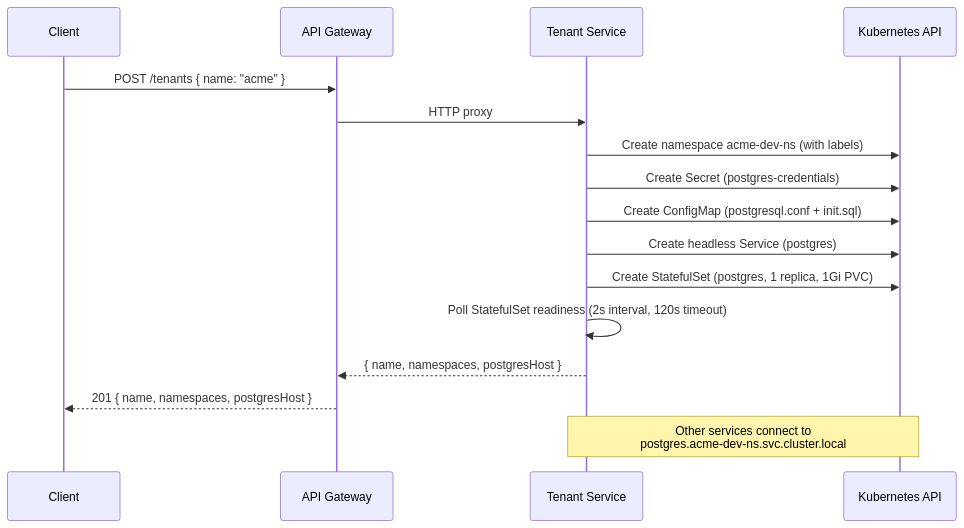
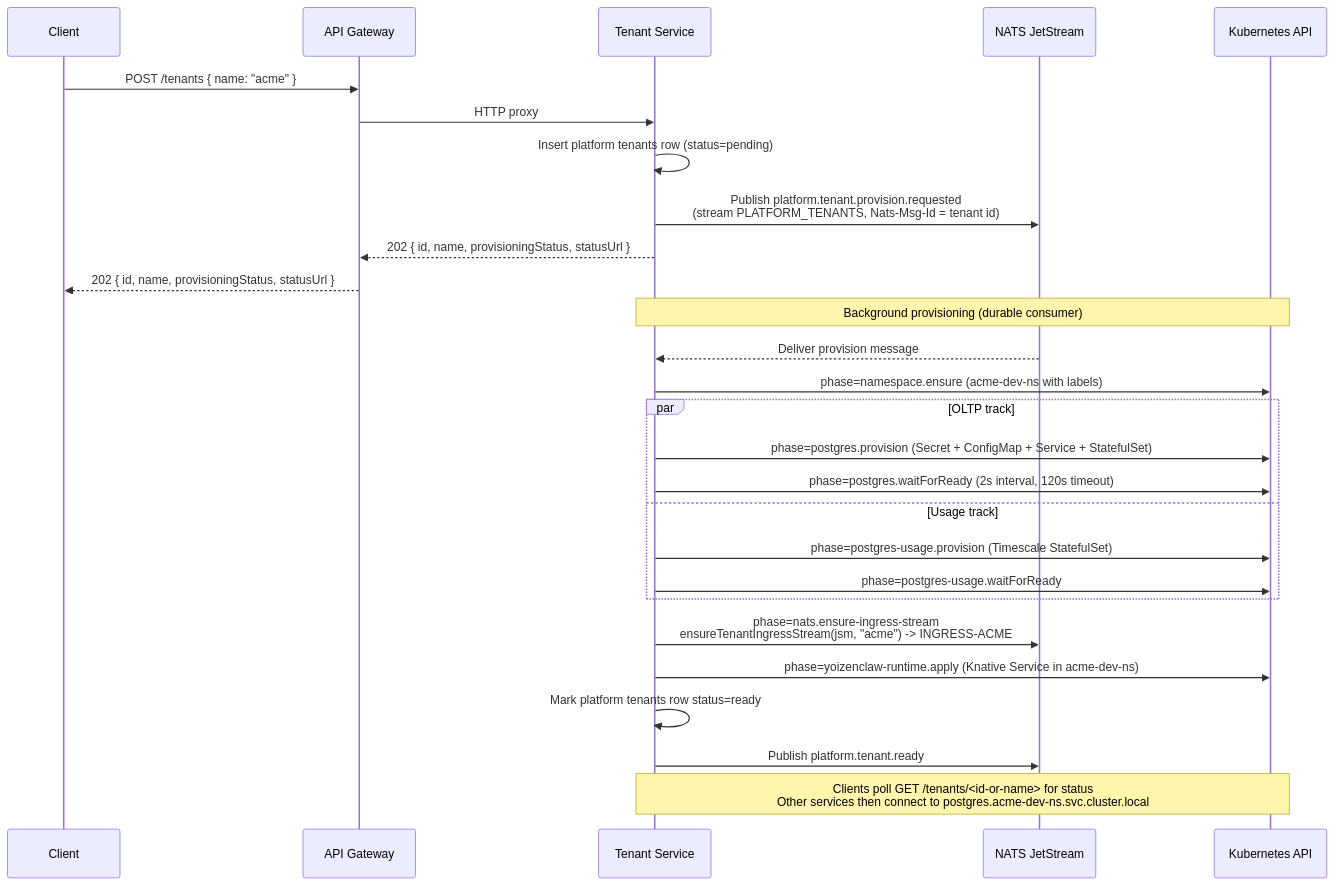
Before and after one commit to ccarnero/colloqui: the fourth of 11 diagrams in DOCS/01-ARCHITECTURE.md, drawn with Mermaid. The commit also changed other lines of this file and 1 other file, not shown here.

````diff
--- a/DOCS/01-ARCHITECTURE.md
+++ b/DOCS/01-ARCHITECTURE.md
@@ -196,20 +198,32 @@
 ```mermaid
 sequenceDiagram
     participant C as Client
     participant GW as API Gateway
     participant TS as Tenant Service
+    participant NATS as NATS JetStream
     participant K8s as Kubernetes API
 
     C->>GW: POST /tenants { name: "acme" }
     GW->>TS: HTTP proxy
-    TS->>K8s: Create namespace acme-dev-ns (with labels)
-    TS->>K8s: Create Secret (postgres-credentials)
-    TS->>K8s: Create ConfigMap (postgresql.conf + init.sql)
-    TS->>K8s: Create headless Service (postgres)
-    TS->>K8s: Create StatefulSet (postgres, 1 replica, 1Gi PVC)
-    TS->>TS: Poll StatefulSet readiness (2s interval, 120s timeout)
-    TS-->>GW: { name, namespaces, postgresHost }
-    GW-->>C: 201 { name, namespaces, postgresHost }
+    TS->>TS: Insert platform tenants row (status=pending)
+    TS->>NATS: Publish platform.tenant.provision.requested<br/>(stream PLATFORM_TENANTS, Nats-Msg-Id = tenant id)
+    TS-->>GW: 202 { id, name, provisioningStatus, statusUrl }
+    GW-->>C: 202 { id, name, provisioningStatus, statusUrl }
 
-    Note over TS,K8s: Other services connect to<br/>postgres.acme-dev-ns.svc.cluster.local
+    Note over TS,K8s: Background provisioning (durable consumer)
+    NATS-->>TS: Deliver provision message
+    TS->>K8s: phase=namespace.ensure (acme-dev-ns with labels)
+    par OLTP track
+        TS->>K8s: phase=postgres.provision (Secret + ConfigMap + Service + StatefulSet)
+        TS->>K8s: phase=postgres.waitForReady (2s interval, 120s timeout)
+    and Usage track
+        TS->>K8s: phase=postgres-usage.provision (Timescale StatefulSet)
+        TS->>K8s: phase=postgres-usage.waitForReady
+    end
+    TS->>NATS: phase=nats.ensure-ingress-stream<br/>ensureTenantIngressStream(jsm, "acme") -> INGRESS-ACME
+    TS->>K8s: phase=yoizenclaw-runtime.apply (Knative Service in acme-dev-ns)
+    TS->>TS: Mark platform tenants row status=ready
+    TS->>NATS: Publish platform.tenant.ready
+
+    Note over TS,K8s: Clients poll GET /tenants/<id-or-name> for status<br/>Other services then connect to postgres.acme-dev-ns.svc.cluster.local
 ```
````
